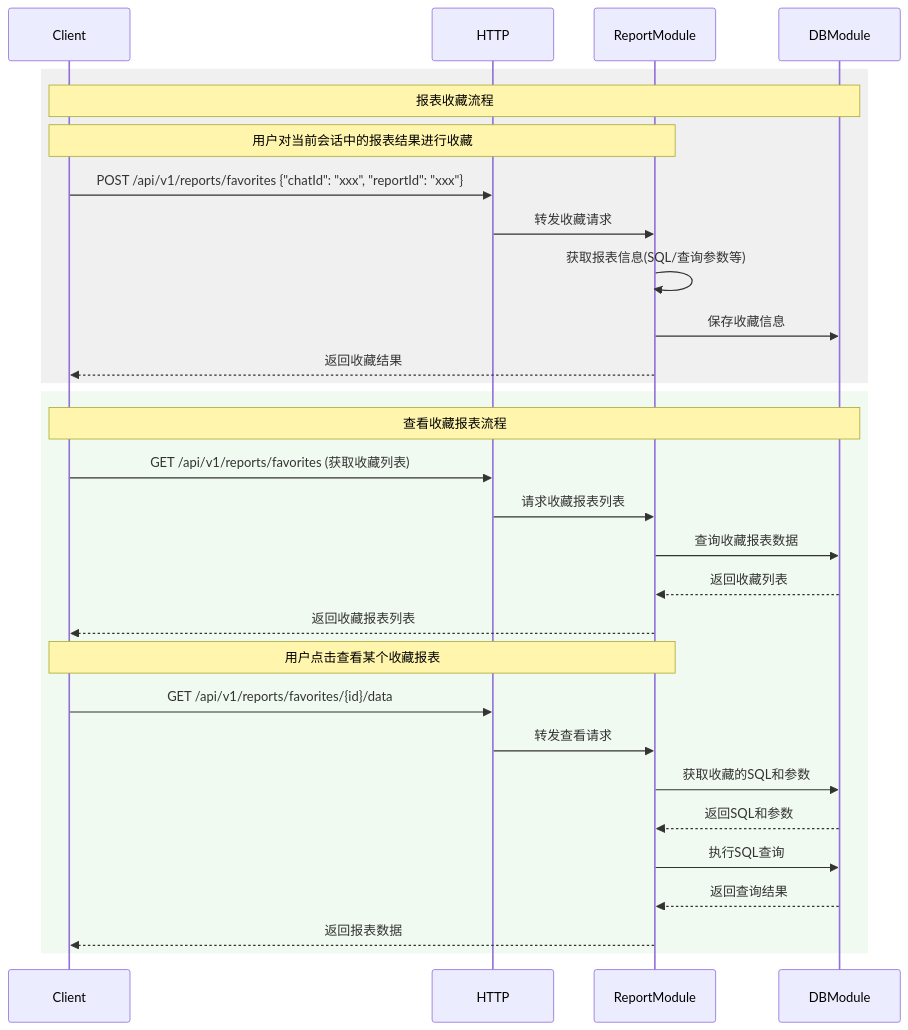
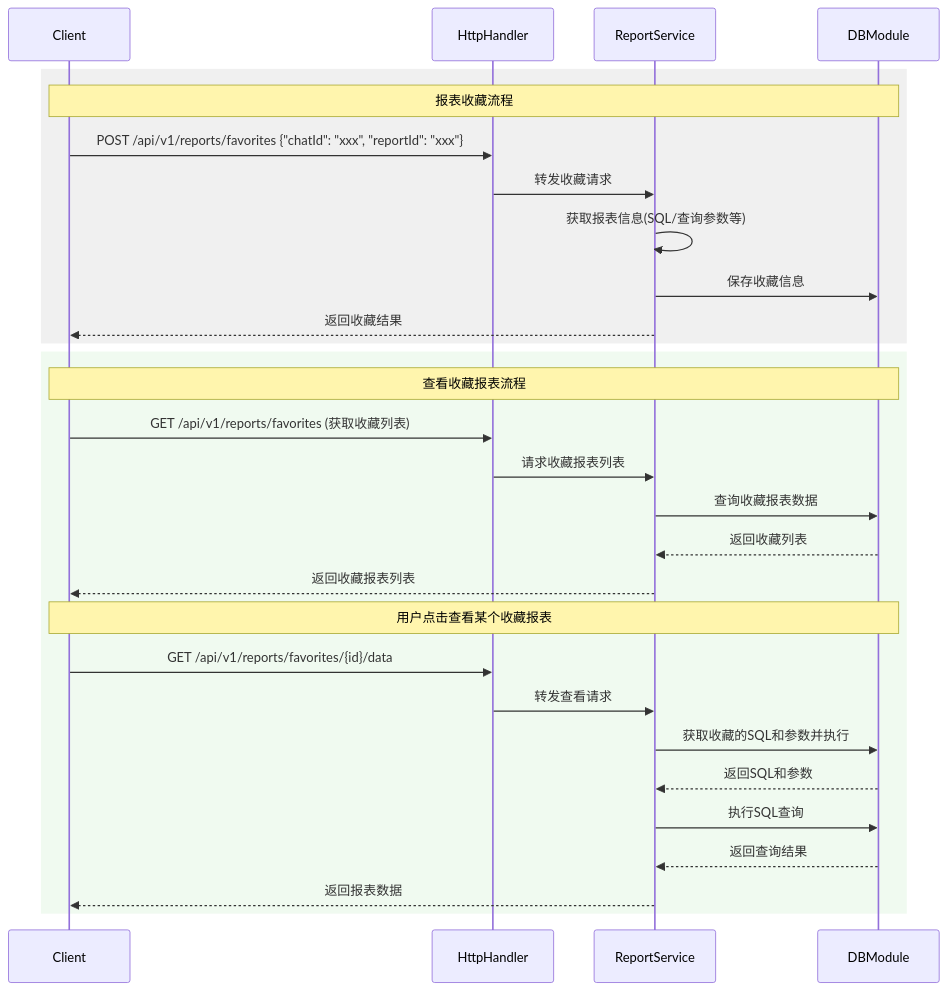
One commit to hanhzf/aiops changed the fifth of 5 diagrams in ai-coding/output/应用软件交互时序图.md. Above: the diagram before and after it, drawn with Mermaid. The commit also changed other lines of this file and 1 other file, not shown here.

````diff
--- a/ai-coding/output/应用软件交互时序图.md
+++ b/ai-coding/output/应用软件交互时序图.md
@@ -219,37 +219,36 @@
 ```mermaid
 sequenceDiagram
     participant Client
-    participant HTTP
-    participant ReportModule
+    participant HttpHandler
+    participant ReportService
     participant DBModule
 
     rect rgb(240, 240, 240)
         Note over Client,DBModule: 报表收藏流程
         
-        Note over Client,ReportModule: 用户对当前会话中的报表结果进行收藏
-        Client->>HTTP: POST /api/v1/reports/favorites {"chatId": "xxx", "reportId": "xxx"}
-        HTTP->>ReportModule: 转发收藏请求
-        ReportModule->>ReportModule: 获取报表信息(SQL/查询参数等)
-        ReportModule->>DBModule: 保存收藏信息
-        ReportModule-->>Client: 返回收藏结果
+        Client->>HttpHandler: POST /api/v1/reports/favorites {"chatId": "xxx", "reportId": "xxx"}
+        HttpHandler->>ReportService: 转发收藏请求
+        ReportService->>ReportService: 获取报表信息(SQL/查询参数等)
+        ReportService->>DBModule: 保存收藏信息
+        ReportService-->>Client: 返回收藏结果
     end
 
     rect rgb(240, 250, 240)
         Note over Client,DBModule: 查看收藏报表流程
         
-        Client->>HTTP: GET /api/v1/reports/favorites (获取收藏列表)
-        HTTP->>ReportModule: 请求收藏报表列表
-        ReportModule->>DBModule: 查询收藏报表数据
-        DBModule-->>ReportModule: 返回收藏列表
-        ReportModule-->>Client: 返回收藏报表列表
+        Client->>HttpHandler: GET /api/v1/reports/favorites (获取收藏列表)
+        HttpHandler->>ReportService: 请求收藏报表列表
+        ReportService->>DBModule: 查询收藏报表数据
+        DBModule-->>ReportService: 返回收藏列表
+        ReportService-->>Client: 返回收藏报表列表
         
-        Note over Client,ReportModule: 用户点击查看某个收藏报表
-        Client->>HTTP: GET /api/v1/reports/favorites/{id}/data
-        HTTP->>ReportModule: 转发查看请求
-        ReportModule->>DBModule: 获取收藏的SQL和参数
-        DBModule-->>ReportModule: 返回SQL和参数
-        ReportModule->>DBModule: 执行SQL查询
-        DBModule-->>ReportModule: 返回查询结果
-        ReportModule-->>Client: 返回报表数据
+        Note over Client,DBModule: 用户点击查看某个收藏报表
+        Client->>HttpHandler: GET /api/v1/reports/favorites/{id}/data
+        HttpHandler->>ReportService: 转发查看请求
+        ReportService->>DBModule: 获取收藏的SQL和参数并执行
+        DBModule-->>ReportService: 返回SQL和参数
+        ReportService->>DBModule: 执行SQL查询
+        DBModule-->>ReportService: 返回查询结果
+        ReportService-->>Client: 返回报表数据
     end
 ```
````
